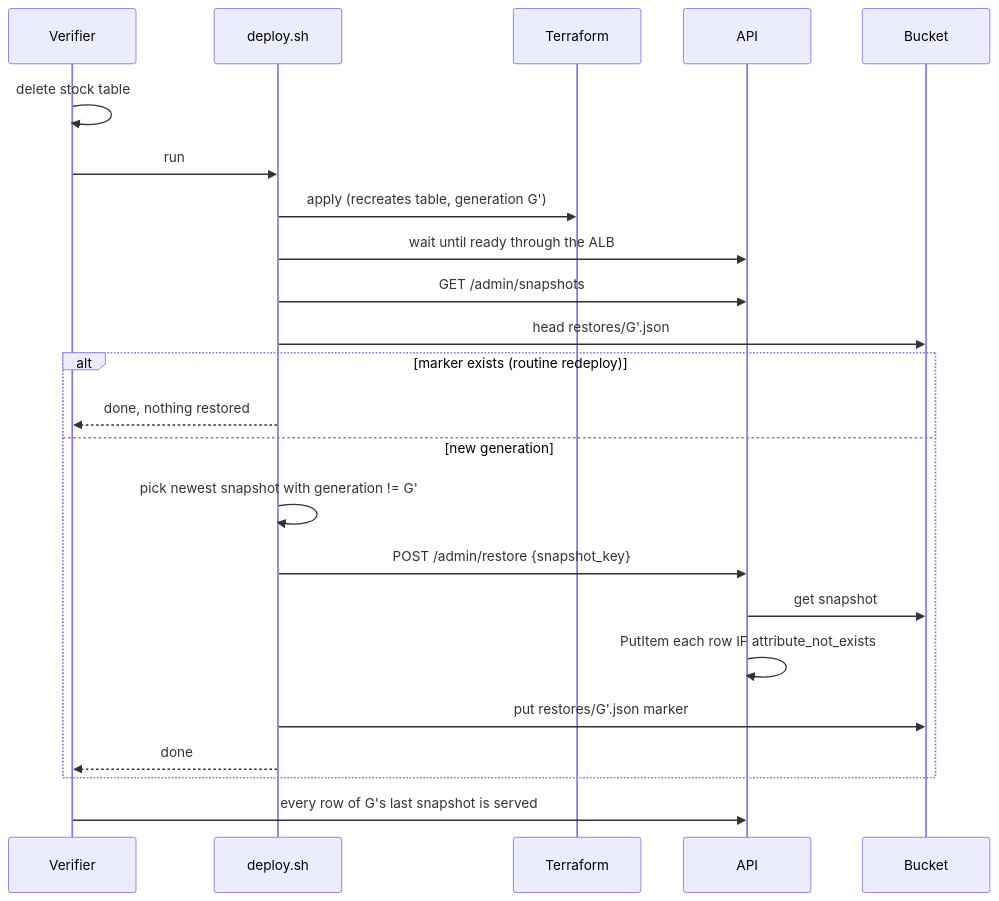
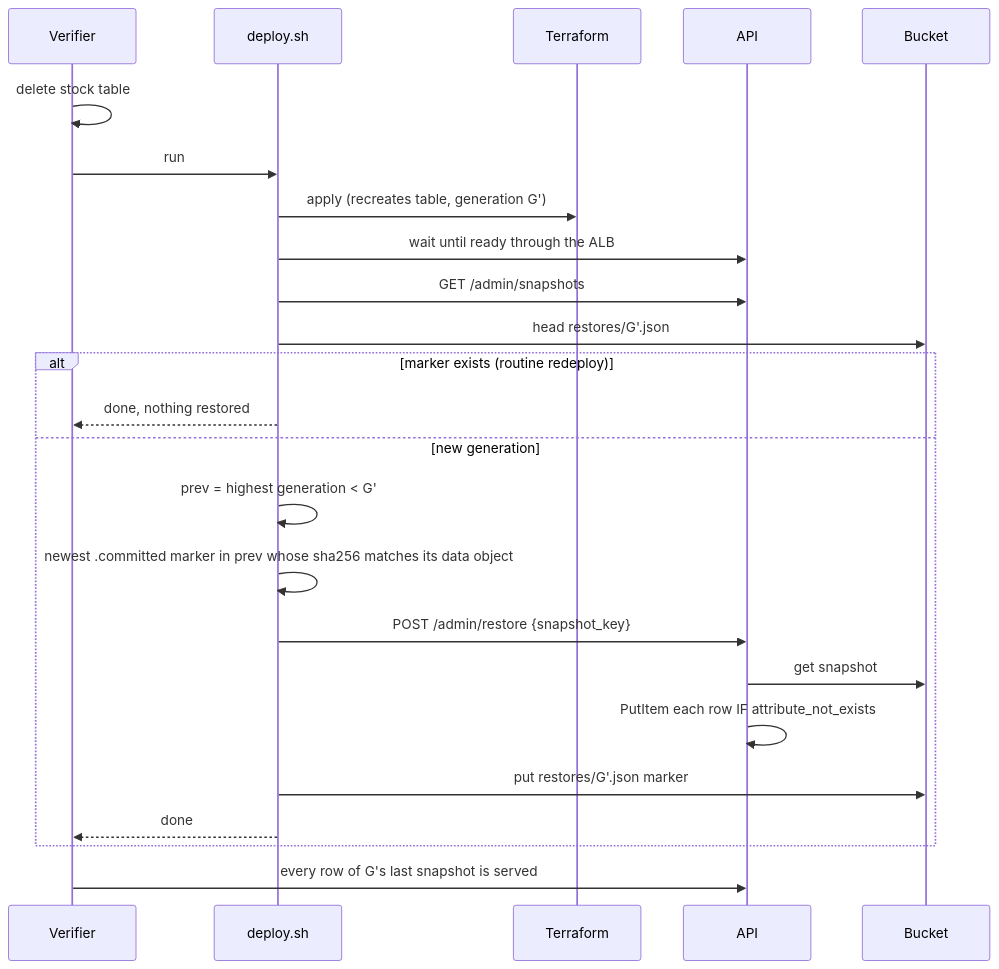
The third of 4 diagrams in reasoning.md (phakhruddin/depotledger-inventory-consistency), drawn with Mermaid before and after one commit. The commit also changed other lines of this file and 23 other files, not shown here.

Commit message:
feat(depotledger): harden committed snapshot recovery

````diff
--- a/reasoning.md
+++ b/reasoning.md
@@ -148,25 +192,26 @@
 ```mermaid
 sequenceDiagram
     participant V as Verifier
     participant D as deploy.sh
     participant TF as Terraform
     participant API
     participant B as Bucket
     V->>V: delete stock table
     V->>D: run
     D->>TF: apply (recreates table, generation G')
     D->>API: wait until ready through the ALB
     D->>API: GET /admin/snapshots
     D->>B: head restores/G'.json
     alt marker exists (routine redeploy)
         D-->>V: done, nothing restored
     else new generation
-        D->>D: pick newest snapshot with generation != G'
+        D->>D: prev = highest generation < G'
+        D->>D: newest .committed marker in prev whose sha256 matches its data object
         D->>API: POST /admin/restore {snapshot_key}
         API->>B: get snapshot
         API->>API: PutItem each row IF attribute_not_exists
         D->>B: put restores/G'.json marker
         D-->>V: done
     end
     V->>API: every row of G's last snapshot is served
 ```
````
